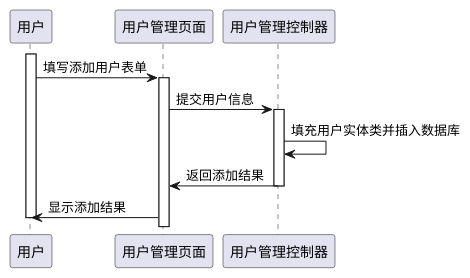
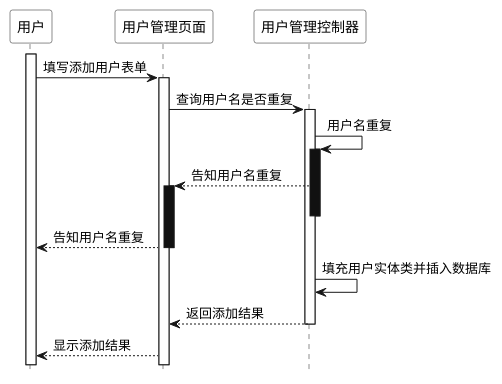
Before and after one commit to coderyjc/certificate_analysis: the diagram in resouces/drawio/UML_Sequence/user/add.puml, drawn with PlantUML. The commit also changed 12 other files, not shown here.

Commit message:
更新UML序列图

```diff
--- a/resouces/drawio/UML_Sequence/user/add.puml
+++ b/resouces/drawio/UML_Sequence/user/add.puml
@@ -1,23 +1,36 @@
 @startuml user_add
+
+hide footbox
+skinparam sequence {
+  ParticipantBackgroundColor #ffffff
+  ParticipantFontColor #000000
+}
 
 participant 用户
 participant 用户管理页面
 participant 用户管理控制器
 
-
 activate 用户
 用户 -> 用户管理页面: 填写添加用户表单
+
 activate 用户管理页面
+用户管理页面 -> 用户管理控制器: 查询用户名是否重复
 
-用户管理页面 -> 用户管理控制器: 提交用户信息
 activate 用户管理控制器
+用户管理控制器 -> 用户管理控制器: 用户名重复
+
+activate 用户管理控制器 #1
+用户管理控制器 --> 用户管理页面: 告知用户名重复
+activate 用户管理页面 #1
+deactivate 用户管理控制器 #1
+用户管理页面 --> 用户: 告知用户名重复
+deactivate 用户管理页面 #1
 
 用户管理控制器 -> 用户管理控制器: 填充用户实体类并插入数据库
 
-用户管理控制器 -> 用户管理页面: 返回添加结果
+用户管理控制器 --> 用户管理页面: 返回添加结果
 deactivate 用户管理控制器
 
-用户管理页面 -> 用户: 显示添加结果
-deactivate 用户
+用户管理页面 --> 用户: 显示添加结果
 
 @enduml
```
